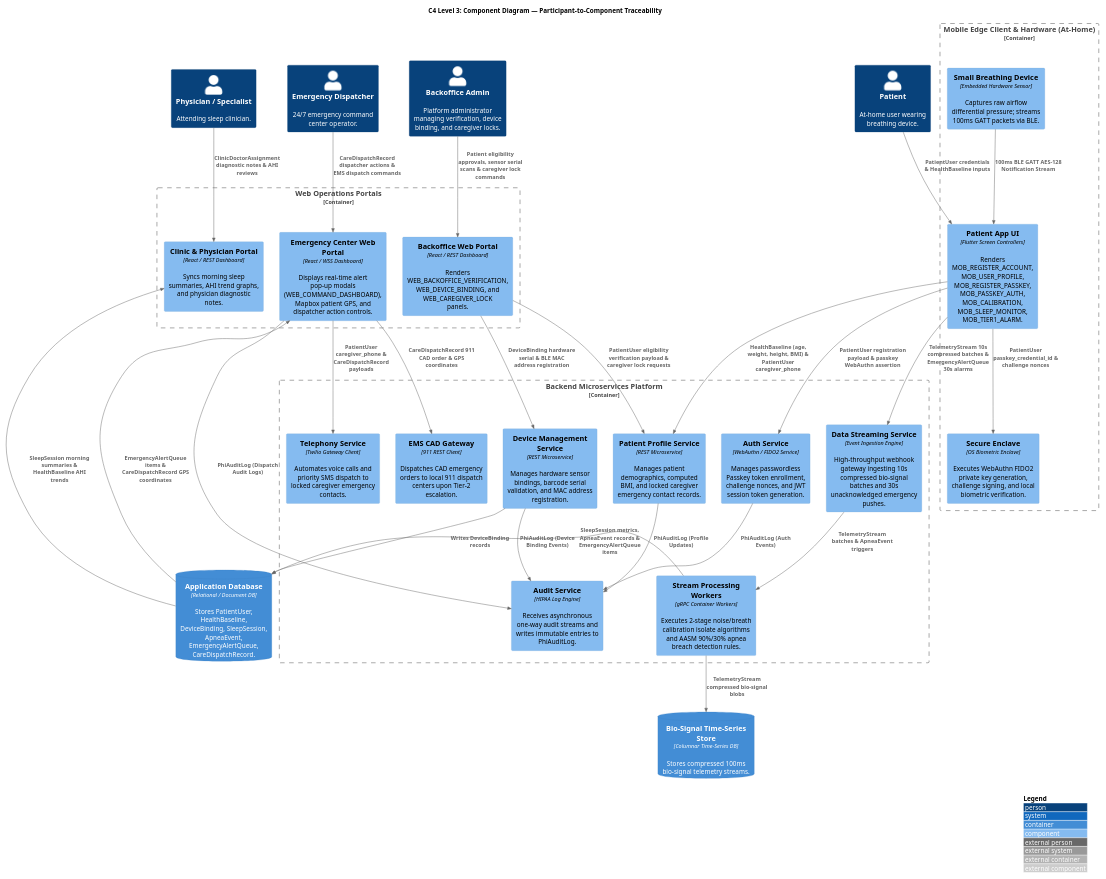
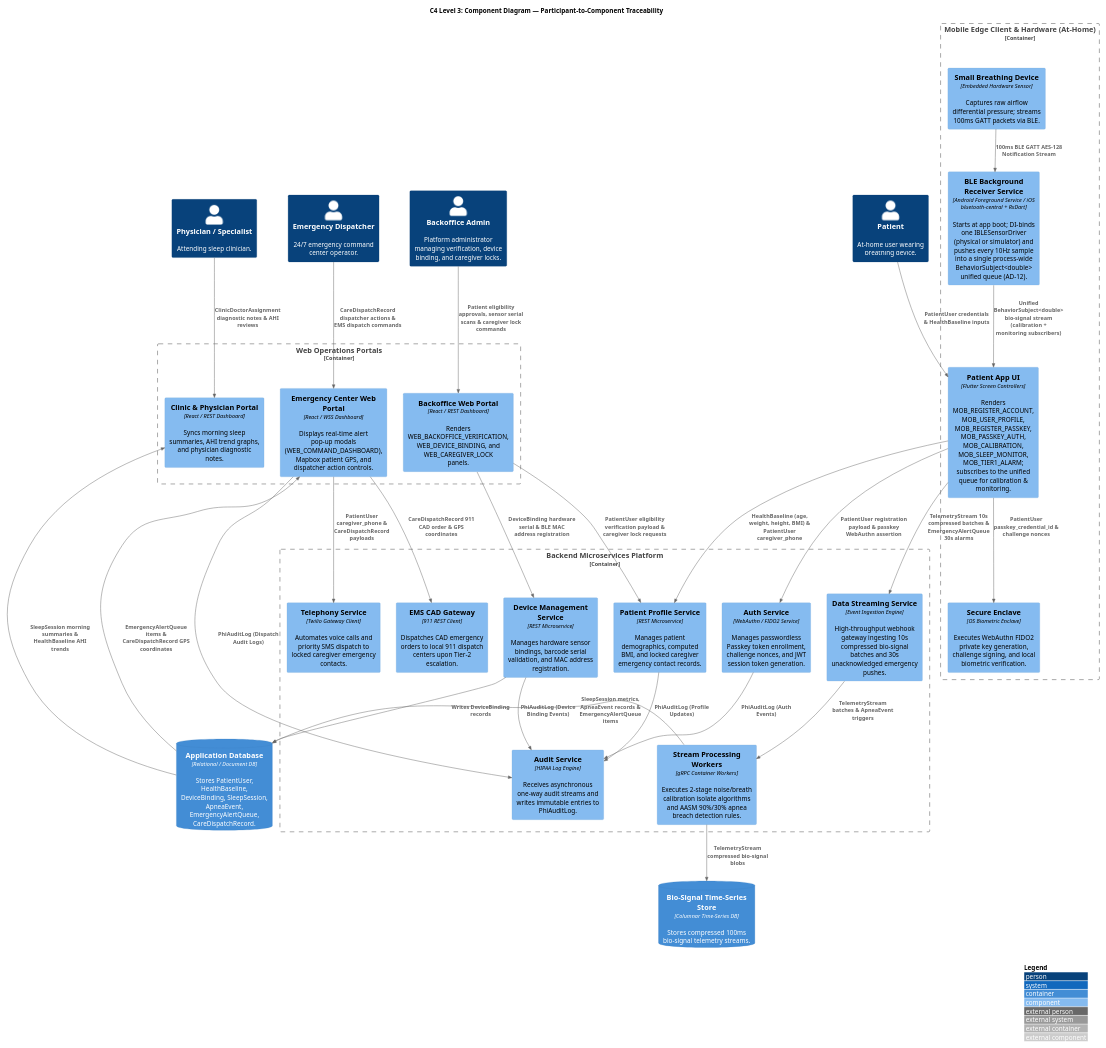
The fourth of 19 diagrams in _bmad-output/architecture/ARCHITECTURE-SPINE.md (reidlai/masker-app), drawn with PlantUML before and after one commit. The commit also changed other lines of this file and 3 other files, not shown here.

First line of the commit message:
docs(architecture): record AD-12 app-boot BLE receiver invariant for FR-1.11

````diff
--- a/_bmad-output/architecture/ARCHITECTURE-SPINE.md
+++ b/_bmad-output/architecture/ARCHITECTURE-SPINE.md
@@ -492,70 +496,72 @@
 ```plantuml
 @startuml C4_Level3_Component_Diagram
 !include https://raw.githubusercontent.com/plantuml-stdlib/C4-PlantUML/master/C4_Component.puml
 scale 0.7
 
 LAYOUT_WITH_LEGEND()
 
 title C4 Level 3: Component Diagram — Participant-to-Component Traceability
 
 Person(patient, "Patient", "At-home user wearing breathing device.")
 Person(dispatcher, "Emergency Dispatcher", "24/7 emergency command center operator.")
 Person(doctor, "Physician / Specialist", "Attending sleep clinician.")
 Person(admin, "Backoffice Admin", "Platform administrator managing verification, device binding, and caregiver locks.")
 
 Container_Boundary(mobile_edge, "Mobile Edge Client & Hardware (At-Home)") {
     Component(hardware, "Small Breathing Device", "Embedded Hardware Sensor", "Captures raw airflow differential pressure; streams 100ms GATT packets via BLE.")
-    Component(app_ui, "Patient App UI", "Flutter Screen Controllers", "Renders MOB_REGISTER_ACCOUNT, MOB_USER_PROFILE, MOB_REGISTER_PASSKEY, MOB_PASSKEY_AUTH, MOB_CALIBRATION, MOB_SLEEP_MONITOR, MOB_TIER1_ALARM.")
+    Component(ble_receiver, "BLE Background Receiver Service", "Android Foreground Service / iOS bluetooth-central + RxDart", "Starts at app boot; DI-binds one IBLESensorDriver (physical or simulator) and pushes every 10Hz sample into a single process-wide BehaviorSubject<double> unified queue (AD-12).")
+    Component(app_ui, "Patient App UI", "Flutter Screen Controllers", "Renders MOB_REGISTER_ACCOUNT, MOB_USER_PROFILE, MOB_REGISTER_PASSKEY, MOB_PASSKEY_AUTH, MOB_CALIBRATION, MOB_SLEEP_MONITOR, MOB_TIER1_ALARM; subscribes to the unified queue for calibration & monitoring.")
     Component(secure_enclave, "Secure Enclave", "OS Biometric Enclave", "Executes WebAuthn FIDO2 private key generation, challenge signing, and local biometric verification.")
 }
 
 Container_Boundary(cloud_services, "Backend Microservices Platform") {
     Component(auth_svc, "Auth Service", "WebAuthn / FIDO2 Service", "Manages passwordless Passkey token enrollment, challenge nonces, and JWT session token generation.")
     Component(profile_svc, "Patient Profile Service", "REST Microservice", "Manages patient demographics, computed BMI, and locked caregiver emergency contact records.")
     Component(device_svc, "Device Management Service", "REST Microservice", "Manages hardware sensor bindings, barcode serial validation, and MAC address registration.")
     Component(audit_svc, "Audit Service", "HIPAA Log Engine", "Receives asynchronous one-way audit streams and writes immutable entries to PhiAuditLog.")
     Component(data_streaming_svc, "Data Streaming Service", "Event Ingestion Engine", "High-throughput webhook gateway ingesting 10s compressed bio-signal batches and 30s unacknowledged emergency pushes.")
     Component(stream_workers, "Stream Processing Workers", "gRPC Container Workers", "Executes 2-stage noise/breath calibration isolate algorithms and AASM 90%/30% apnea breach detection rules.")
     Component(telephony_svc, "Telephony Service", "Twilio Gateway Client", "Automates voice calls and priority SMS dispatch to locked caregiver emergency contacts.")
     Component(ems_gateway, "EMS CAD Gateway", "911 REST Client", "Dispatches CAD emergency orders to local 911 dispatch centers upon Tier-2 escalation.")
 }
 
 Container_Boundary(web_portals, "Web Operations Portals") {
     Component(backoffice_portal, "Backoffice Web Portal", "React / REST Dashboard", "Renders WEB_BACKOFFICE_VERIFICATION, WEB_DEVICE_BINDING, and WEB_CAREGIVER_LOCK panels.")
     Component(command_portal, "Emergency Center Web Portal", "React / WSS Dashboard", "Displays real-time alert pop-up modals (WEB_COMMAND_DASHBOARD), Mapbox patient GPS, and dispatcher action controls.")
     Component(clinic_portal, "Clinic & Physician Portal", "React / REST Dashboard", "Syncs morning sleep summaries, AHI trend graphs, and physician diagnostic notes.")
 }
 
 ContainerDb(app_db, "Application Database", "Relational / Document DB", "Stores PatientUser, HealthBaseline, DeviceBinding, SleepSession, ApneaEvent, EmergencyAlertQueue, CareDispatchRecord.")
 ContainerDb(timeseries_db, "Bio-Signal Time-Series Store", "Columnar Time-Series DB", "Stores compressed 100ms bio-signal telemetry streams.")
 
 Rel(patient, app_ui, "PatientUser credentials & HealthBaseline inputs")
-Rel(hardware, app_ui, "100ms BLE GATT AES-128 Notification Stream")
+Rel(hardware, ble_receiver, "100ms BLE GATT AES-128 Notification Stream")
+Rel(ble_receiver, app_ui, "Unified BehaviorSubject<double> bio-signal stream (calibration + monitoring subscribers)")
 Rel(app_ui, secure_enclave, "PatientUser passkey_credential_id & challenge nonces")
 Rel(app_ui, auth_svc, "PatientUser registration payload & passkey WebAuthn assertion")
 Rel(app_ui, profile_svc, "HealthBaseline (age, weight, height, BMI) & PatientUser caregiver_phone")
 Rel(app_ui, data_streaming_svc, "TelemetryStream 10s compressed batches & EmergencyAlertQueue 30s alarms")
 
 Rel(admin, backoffice_portal, "Patient eligibility approvals, sensor serial scans & caregiver lock commands")
 Rel(backoffice_portal, profile_svc, "PatientUser eligibility verification payload & caregiver lock requests")
 Rel(backoffice_portal, device_svc, "DeviceBinding hardware serial & BLE MAC address registration")
 Rel(device_svc, app_db, "Writes DeviceBinding records")
 Rel(device_svc, audit_svc, "PhiAuditLog (Device Binding Events)")
 
 Rel(auth_svc, audit_svc, "PhiAuditLog (Auth Events)")
 Rel(profile_svc, audit_svc, "PhiAuditLog (Profile Updates)")
 Rel(data_streaming_svc, stream_workers, "TelemetryStream batches & ApneaEvent triggers")
 Rel(stream_workers, timeseries_db, "TelemetryStream compressed bio-signal blobs")
 Rel(stream_workers, app_db, "SleepSession metrics, ApneaEvent records & EmergencyAlertQueue items")
 
 Rel(app_db, command_portal, "EmergencyAlertQueue items & CareDispatchRecord GPS coordinates")
 Rel(dispatcher, command_portal, "CareDispatchRecord dispatcher actions & EMS dispatch commands")
 Rel(command_portal, telephony_svc, "PatientUser caregiver_phone & CareDispatchRecord payloads")
 Rel(command_portal, ems_gateway, "CareDispatchRecord 911 CAD order & GPS coordinates")
 Rel(command_portal, audit_svc, "PhiAuditLog (Dispatch Audit Logs)")
 
 Rel(app_db, clinic_portal, "SleepSession morning summaries & HealthBaseline AHI trends")
 Rel(doctor, clinic_portal, "ClinicDoctorAssignment diagnostic notes & AHI reviews")
 
 @enduml
 ```
````
